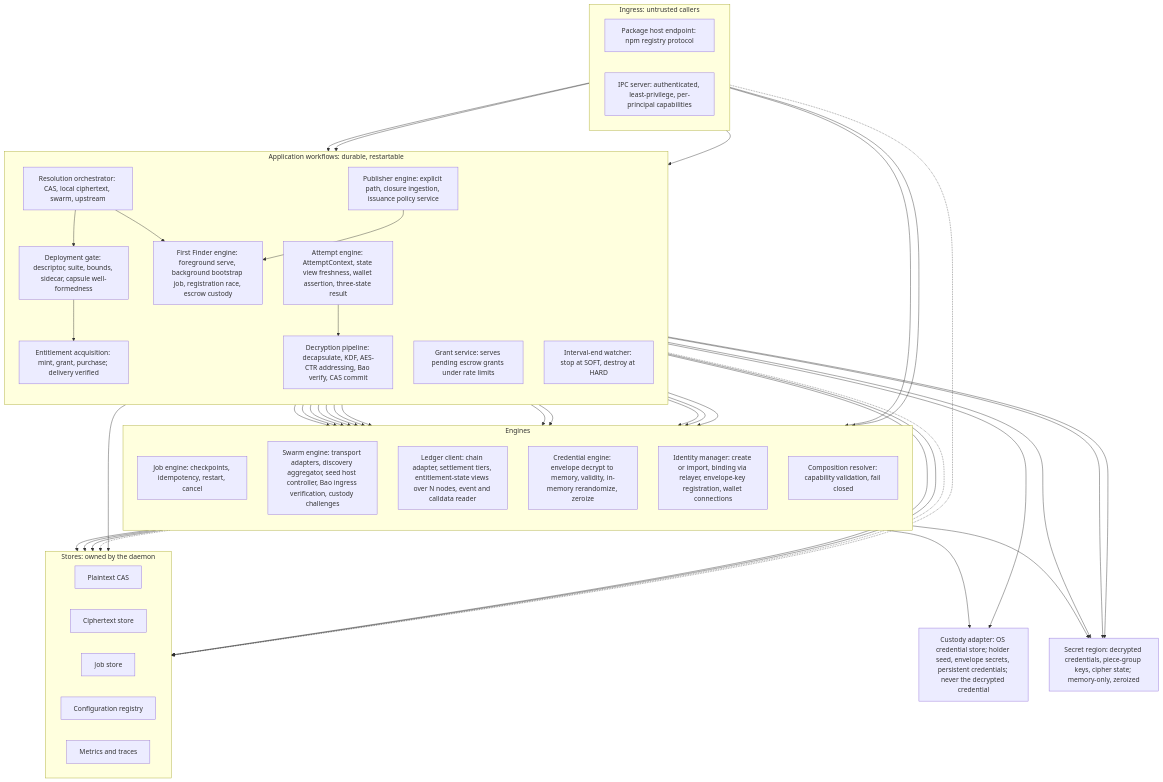
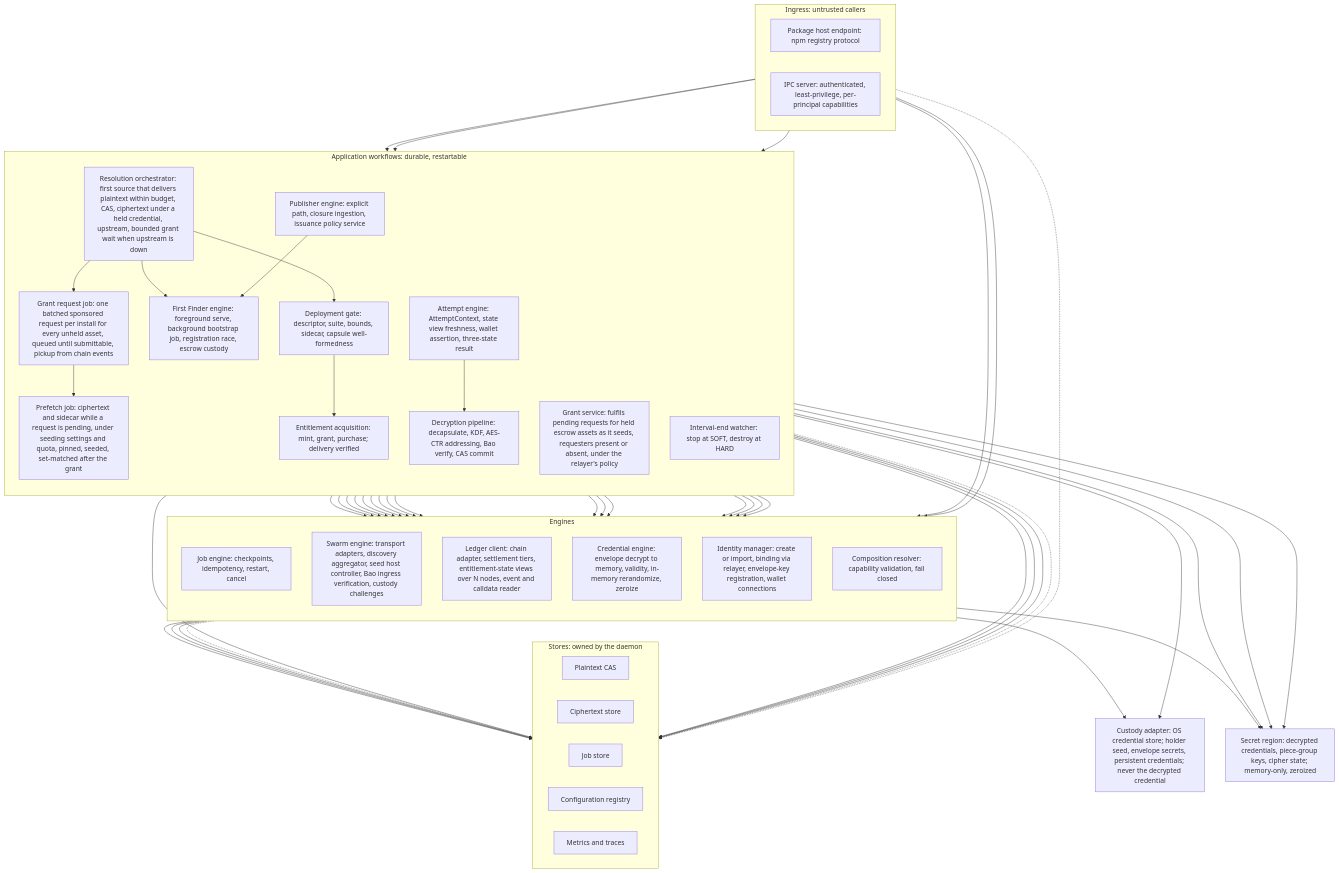
Before and after one commit to tsylvester/chaintorrent: the second of 4 diagrams in docs/project-planning/system-architecture.md, drawn with Mermaid. The commit also changed other lines of this file and 18 other files, not shown here.

```diff
--- a/docs/project-planning/system-architecture.md
+++ b/docs/project-planning/system-architecture.md
@@ -131,14 +131,16 @@
 
     subgraph workflows["Application workflows: durable, restartable"]
         direction TB
-        resolve["Resolution orchestrator: CAS, local ciphertext, swarm, upstream"]
+        resolve["Resolution orchestrator: first source that delivers plaintext within budget, CAS, ciphertext under a held credential, upstream, bounded grant wait when upstream is down"]
         gate["Deployment gate: descriptor, suite, bounds, sidecar, capsule well-formedness"]
+        request["Grant request job: one batched sponsored request per install for every unheld asset, queued until submittable, pickup from chain events"]
+        prefetch["Prefetch job: ciphertext and sidecar while a request is pending, under seeding settings and quota, pinned, seeded, set-matched after the grant"]
         acquire["Entitlement acquisition: mint, grant, purchase; delivery verified"]
         attempt["Attempt engine: AttemptContext, state view freshness, wallet assertion, three-state result"]
         decrypt["Decryption pipeline: decapsulate, KDF, AES-CTR addressing, Bao verify, CAS commit"]
         ff["First Finder engine: foreground serve, background bootstrap job, registration race, escrow custody"]
         publish["Publisher engine: explicit path, closure ingestion, issuance policy service"]
-        grant["Grant service: serves pending escrow grants under rate limits"]
+        grant["Grant service: fulfils pending requests for held escrow assets as it seeds, requesters present or absent, under the relayer's policy"]
         interval["Interval-end watcher: stop at SOFT, destroy at HARD"]
     end
 
@@ -173,6 +175,13 @@
     resolve --> cstore
     resolve --> gate
     resolve --> ff
+    resolve --> request
+    request --> jobs
+    request --> ledger
+    request --> prefetch
+    prefetch --> swarmeng
+    prefetch --> cstore
+    prefetch --> cred
     gate --> swarmeng
     gate --> acquire
     acquire --> ledger
```
